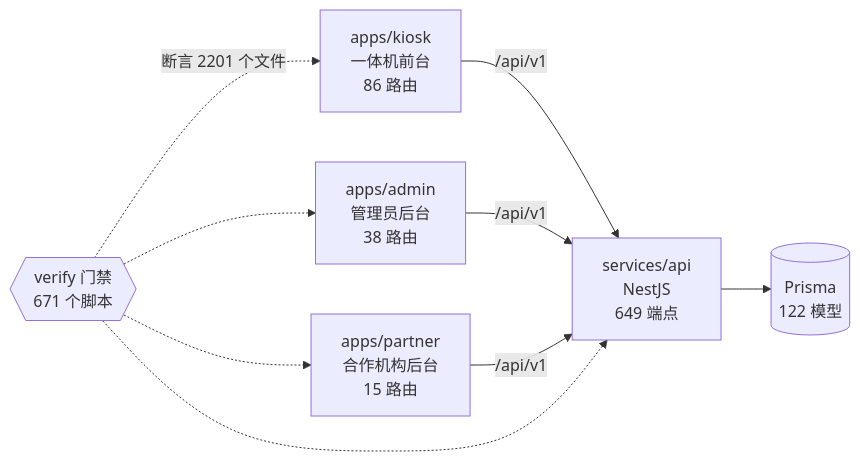
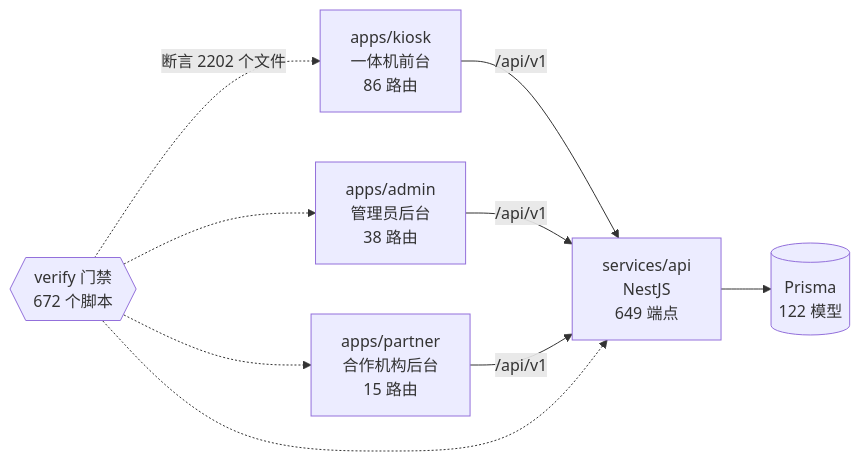
One commit to wanglei581/YITIJI changed the diagram in docs/graph/README.md. Above: the diagram before and after it, drawn with Mermaid. The commit also changed other lines of this file and 18 other files, not shown here.

````diff
--- a/docs/graph/README.md
+++ b/docs/graph/README.md
@@ -68,18 +68,18 @@
 ```mermaid
 flowchart LR
   kiosk["apps/kiosk<br/>一体机前台<br/>86 路由"]
   admin["apps/admin<br/>管理员后台<br/>38 路由"]
   partner["apps/partner<br/>合作机构后台<br/>15 路由"]
   api["services/api<br/>NestJS<br/>649 端点"]
   db[("Prisma<br/>122 模型")]
-  gates{{"verify 门禁<br/>671 个脚本"}}
+  gates{{"verify 门禁<br/>672 个脚本"}}
 
   kiosk -->|"/api/v1"| api
   admin -->|"/api/v1"| api
   partner -->|"/api/v1"| api
   api --> db
-  gates -.->|"断言 2201 个文件"| kiosk
+  gates -.->|"断言 2202 个文件"| kiosk
   gates -.-> admin
   gates -.-> partner
   gates -.-> api
 ```
````
